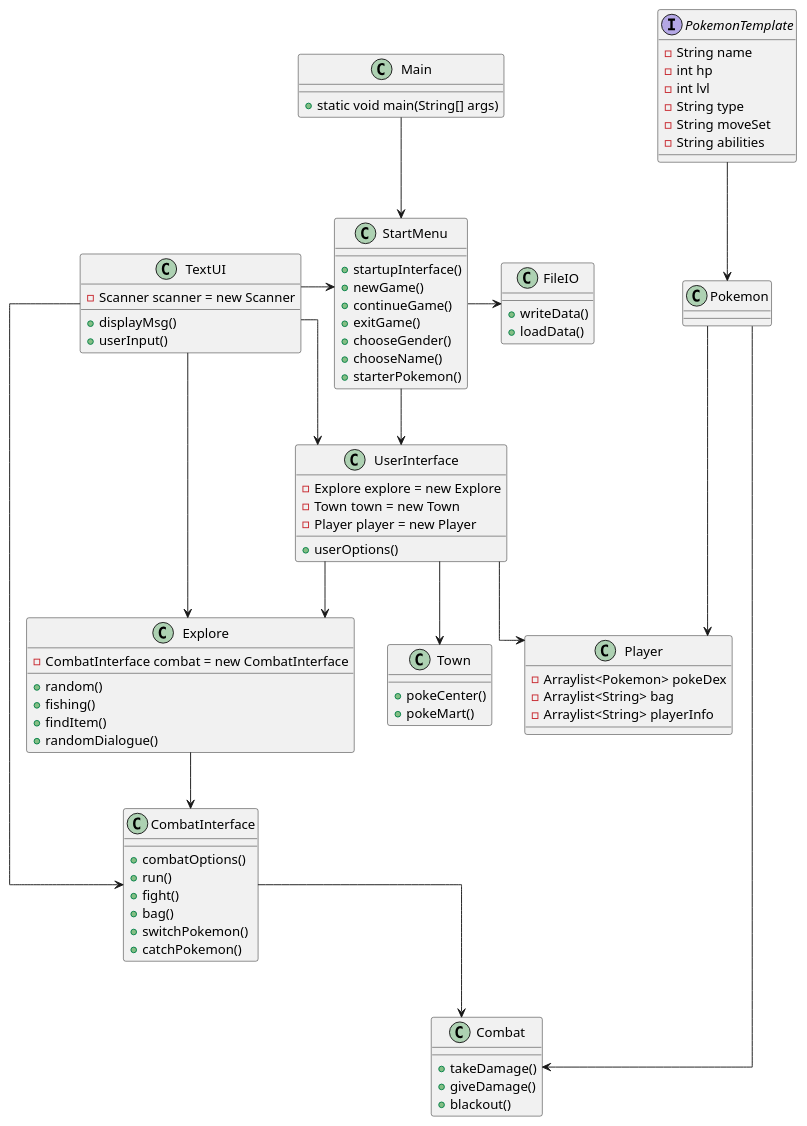
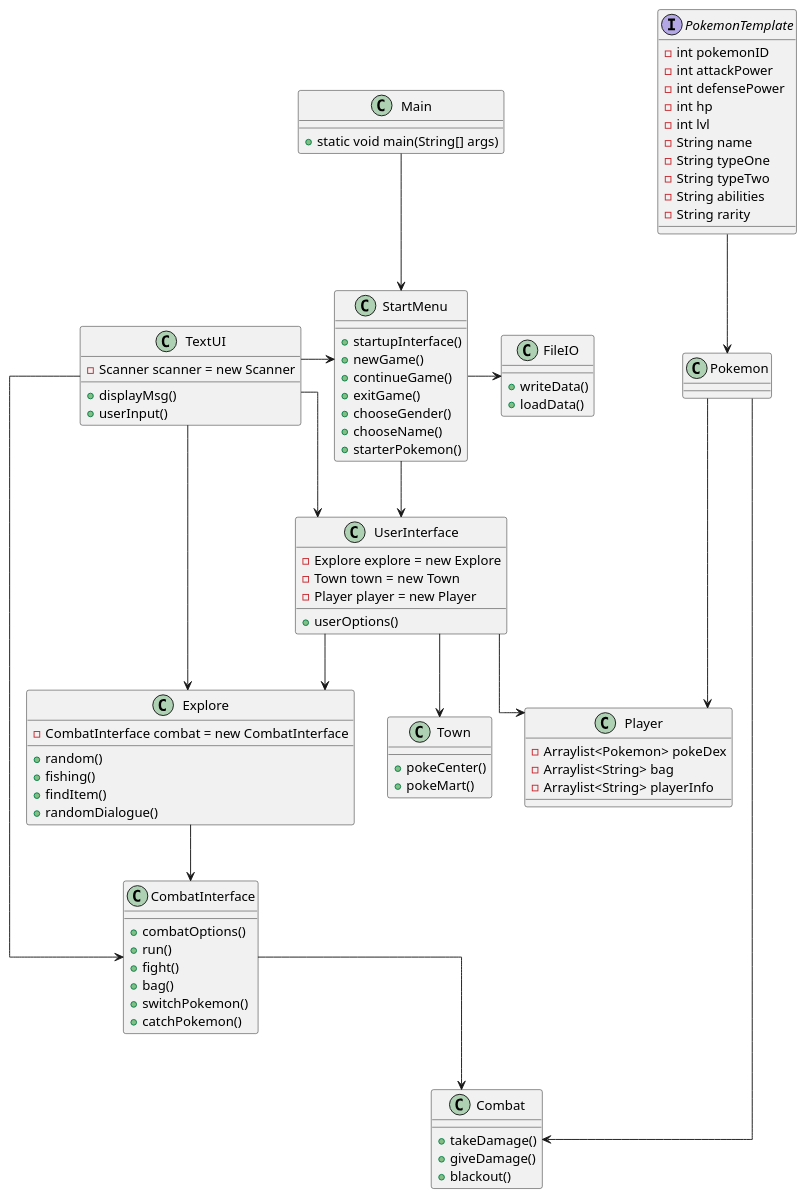
Before and after one commit to Maximitas/ICE: the diagram in Diagrams/ClassDiagram.puml, drawn with PlantUML. The commit also changed 4 other files, not shown here.

```diff
--- a/Diagrams/ClassDiagram.puml
+++ b/Diagrams/ClassDiagram.puml
@@ -1,102 +1,107 @@
 @startuml
 'https://plantuml.com/class-diagram
 skinparam linetype polyline
 skinparam linetype ortho
 
 class Main{
 + static void main(String[] args)
 }
 
 class StartMenu {
 + startupInterface()
 + newGame()
 + continueGame()
 + exitGame()
 + chooseGender()
 + chooseName()
 + starterPokemon()
 }
 
 interface PokemonTemplate{
-- String name
+- int pokemonID
+- int attackPower
+- int defensePower
 - int hp
 - int lvl
-- String type
-- String moveSet
+- String name
+- String typeOne
+- String typeTwo
 - String abilities
+- String rarity
 }
 
 class Pokemon{
+
 }
 
 class Combat{
 + takeDamage()
 + giveDamage()
 + blackout()
 }
 
 class CombatInterface{
 + combatOptions()
 + run()
 + fight()
 + bag()
 + switchPokemon()
 + catchPokemon()
 
 }
 
 class Player{
 - Arraylist<Pokemon> pokeDex
 - Arraylist<String> bag
 - Arraylist<String> playerInfo
 
 }
 
 class UserInterface {
 - Explore explore = new Explore
 - Town town = new Town
 - Player player = new Player
 + userOptions()
 }
 
 class Town {
 + pokeCenter()
 + pokeMart()
 }
 
 class Explore {
 - CombatInterface combat = new CombatInterface
 + random()
 + fishing()
 + findItem()
 + randomDialogue()
 }
 
 class FileIO{
 + writeData()
 + loadData()
 }
 class TextUI{
 - Scanner scanner = new Scanner
 + displayMsg()
 + userInput()
 }
 
 Main --> StartMenu
 StartMenu --> UserInterface
 UserInterface --> Player
 UserInterface --> Town
 UserInterface --> Explore
 Explore --> CombatInterface
 CombatInterface --> Combat
 PokemonTemplate --> Pokemon
 Pokemon ---> Player
 Pokemon ---> Combat
 StartMenu -> FileIO
 TextUI -> StartMenu
 TextUI --> UserInterface
 TextUI --> Explore
 TextUI --> CombatInterface
 
 
 @enduml
```
